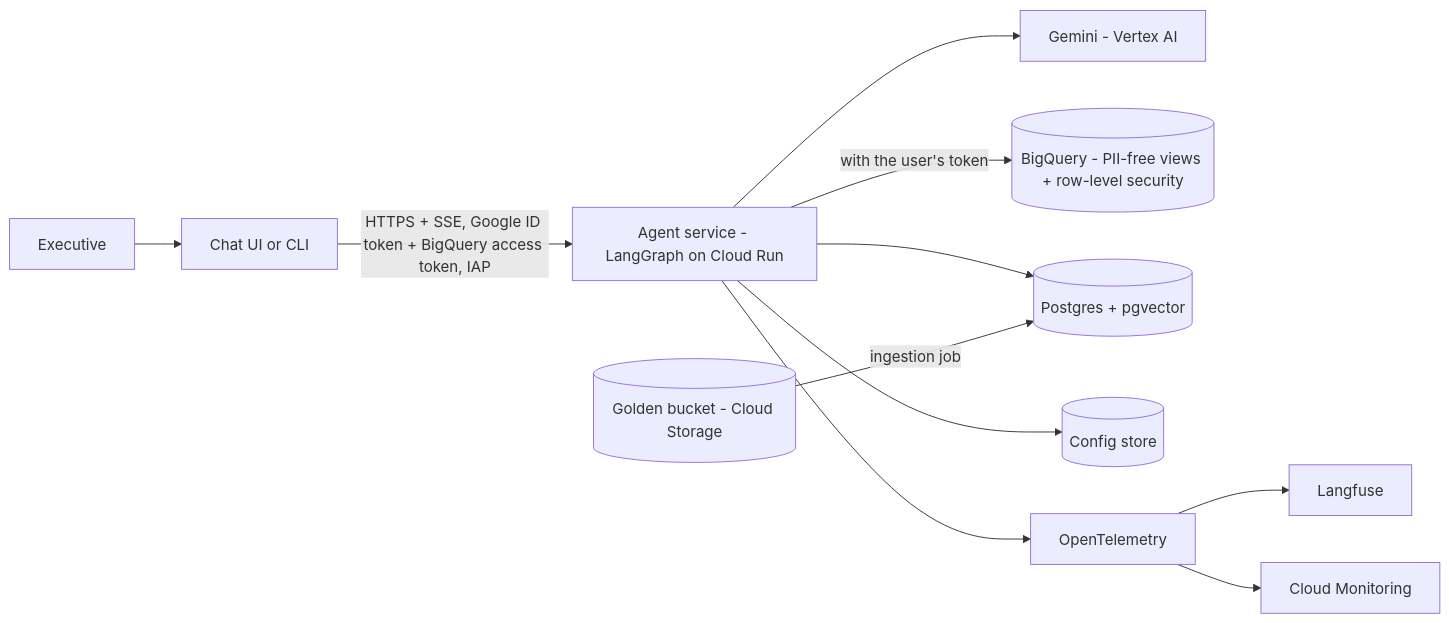
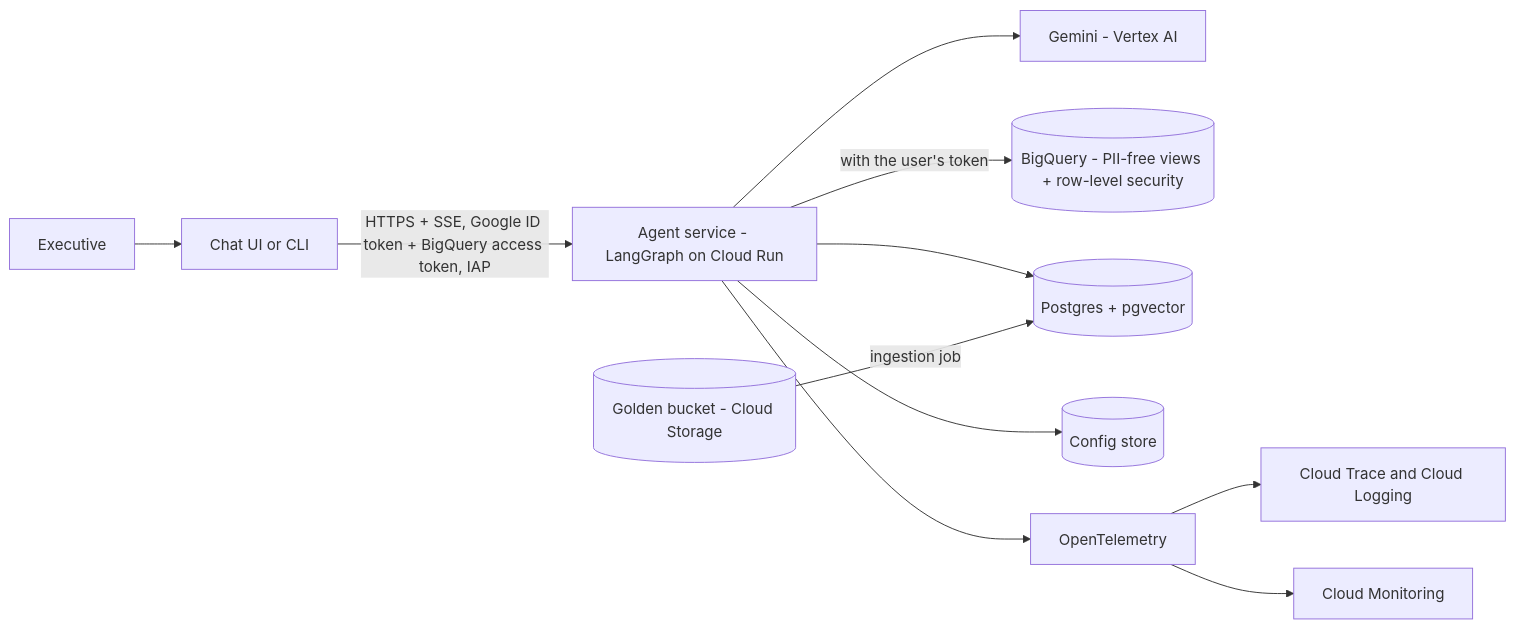
The diagram in README.md (Geghi/retail_analyst), drawn with Mermaid before and after one commit. The commit also changed 2 other files, not shown here.

Commit message:
HLD: intent router rationale, user_id and geography rules, input secret redaction, button confirmation, GCP-native observability

````diff
--- a/README.md
+++ b/README.md
@@ -178,13 +178,13 @@
 ```mermaid
 flowchart LR
   EXEC["Executive"] --> UI["Chat UI or CLI"]
   UI -->|"HTTPS + SSE, Google ID token + BigQuery access token, IAP"| AG["Agent service - LangGraph on Cloud Run"]
   AG --> GEM["Gemini - Vertex AI"]
   AG -->|"with the user's token"| BQ[("BigQuery - PII-free views + row-level security")]
   AG --> PG[("Postgres + pgvector")]
   AG --> CFG[("Config store")]
   GCS[("Golden bucket - Cloud Storage")] -->|"ingestion job"| PG
   AG --> OBS["OpenTelemetry"]
-  OBS --> LF["Langfuse"]
+  OBS --> CT["Cloud Trace and Cloud Logging"]
   OBS --> MON["Cloud Monitoring"]
 ```
````
